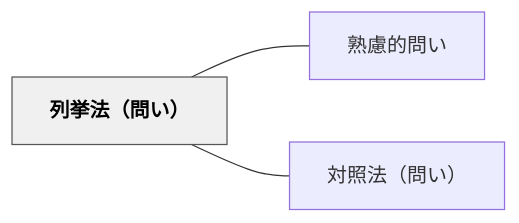
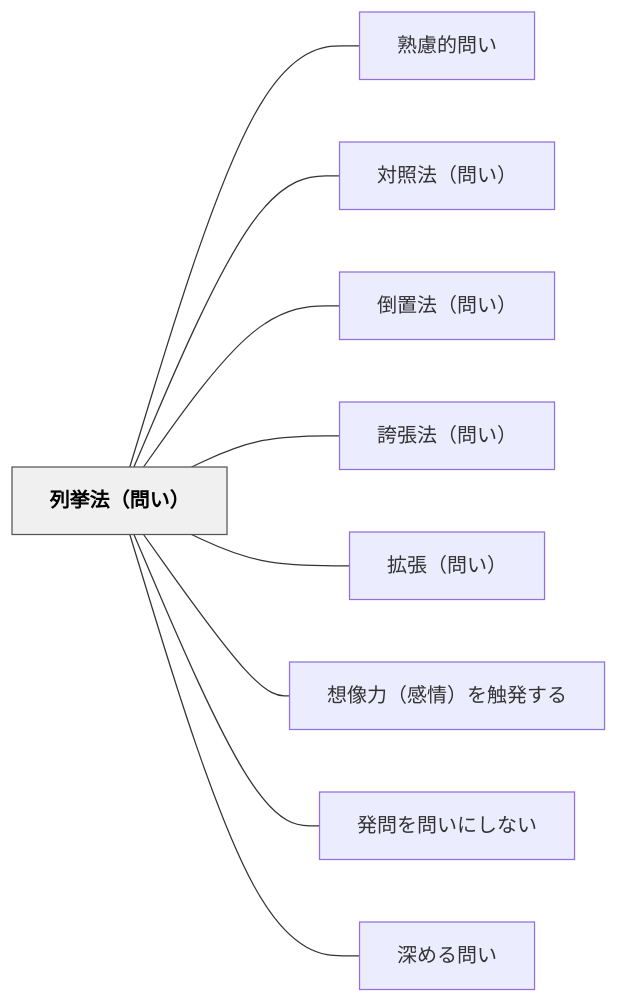
One commit to unknownthings-ed-patterns/unknownthings-ed-patterns changed the diagram in content/パタン/列挙法（問い）.md. Above: the diagram before and after it, drawn with Mermaid. The commit also changed other lines of this file and 44 other files, not shown here.

````diff
--- a/content/パタン/列挙法（問い）.md
+++ b/content/パタン/列挙法（問い）.md
@@ -47,12 +53,24 @@
 ```mermaid
 flowchart LR
     ne58897e68c99e6b395efbc88e5958fe38184efbc89["列挙法（問い）"]
     ne7869fe685aee79a84e5958fe38184["熟慮的問い"]
     ne5afbee785a7e6b395efbc88e5958fe38184efbc89["対照法（問い）"]
+    ne58092e7bdaee6b395efbc88e5958fe38184efbc89["倒置法（問い）"]
+    ne8aa87e5bcb5e6b395efbc88e5958fe38184efbc89["誇張法（問い）"]
+    ne68ba1e5bcb5efbc88e5958fe38184efbc89["拡張（問い）"]
+    ne683b3e5838fe58a9befbc88e6849fe68385efbc89e38292e8a7a6e799bae38199e3828b["想像力（感情）を触発する"]
+    ne799bae5958fe38292e5958fe38184e381abe38197e381aae38184["発問を問いにしない"]
+    ne6b7b1e38281e3828be5958fe38184["深める問い"]
 
     ne58897e68c99e6b395efbc88e5958fe38184efbc89 --- ne7869fe685aee79a84e5958fe38184
     ne58897e68c99e6b395efbc88e5958fe38184efbc89 --- ne5afbee785a7e6b395efbc88e5958fe38184efbc89
+    ne58897e68c99e6b395efbc88e5958fe38184efbc89 --- ne58092e7bdaee6b395efbc88e5958fe38184efbc89
+    ne58897e68c99e6b395efbc88e5958fe38184efbc89 --- ne8aa87e5bcb5e6b395efbc88e5958fe38184efbc89
+    ne58897e68c99e6b395efbc88e5958fe38184efbc89 --- ne68ba1e5bcb5efbc88e5958fe38184efbc89
+    ne58897e68c99e6b395efbc88e5958fe38184efbc89 --- ne683b3e5838fe58a9befbc88e6849fe68385efbc89e38292e8a7a6e799bae38199e3828b
+    ne58897e68c99e6b395efbc88e5958fe38184efbc89 --- ne799bae5958fe38292e5958fe38184e381abe38197e381aae38184
+    ne58897e68c99e6b395efbc88e5958fe38184efbc89 --- ne6b7b1e38281e3828be5958fe38184
 
     classDef hub fill:#f0f0f0,stroke:#555,color:#000,font-weight:bold
     class ne58897e68c99e6b395efbc88e5958fe38184efbc89 hub
 ```
````
